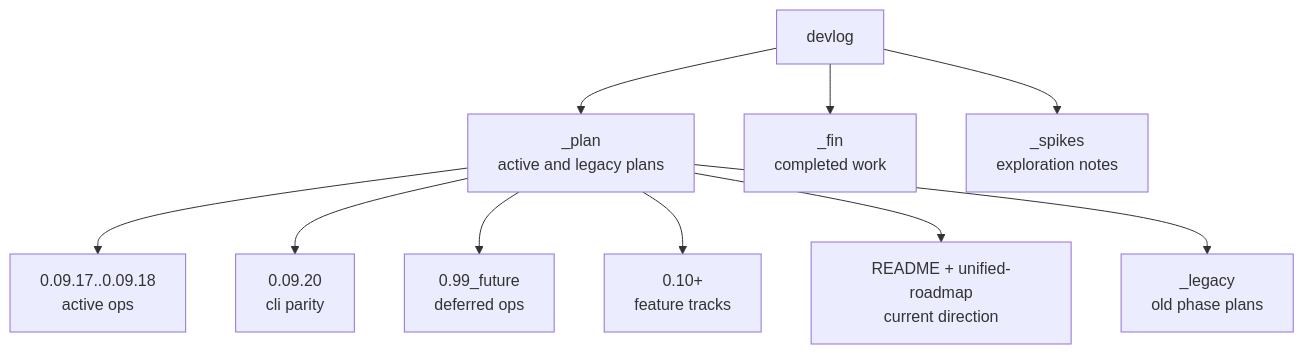
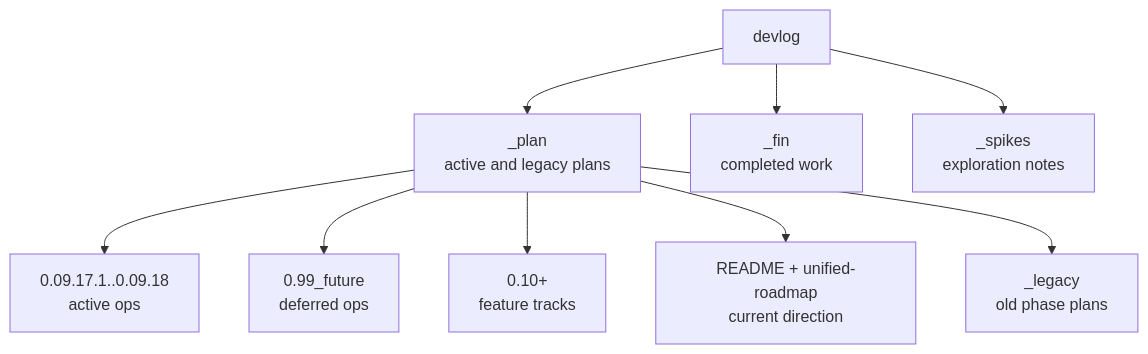
The diagram in structure/07-devlog-map.md (ChatPoongKun/ima2-gen), drawn with Mermaid before and after one commit. The commit also changed other lines of this file and 8 other files, not shown here.

````diff
--- a/structure/07-devlog-map.md
+++ b/structure/07-devlog-map.md
@@ -19,12 +19,11 @@
 ```mermaid
 graph TD
     DEV["devlog"] --> PLAN["_plan<br/>active and legacy plans"]
     DEV --> FIN["_fin<br/>completed work"]
     DEV --> SPIKES["_spikes<br/>exploration notes"]
-    PLAN --> ACTIVE["0.09.17..0.09.18<br/>active ops"]
-    PLAN --> CLI["0.09.20<br/>cli parity"]
+    PLAN --> ACTIVE["0.09.17.1..0.09.18<br/>active ops"]
     PLAN --> FUTURE["0.99_future<br/>deferred ops"]
     PLAN --> FOLLOW["0.10+<br/>feature tracks"]
     PLAN --> ROAD["README + unified-roadmap<br/>current direction"]
     PLAN --> LEGACY["_legacy<br/>old phase plans"]
 ```
````
